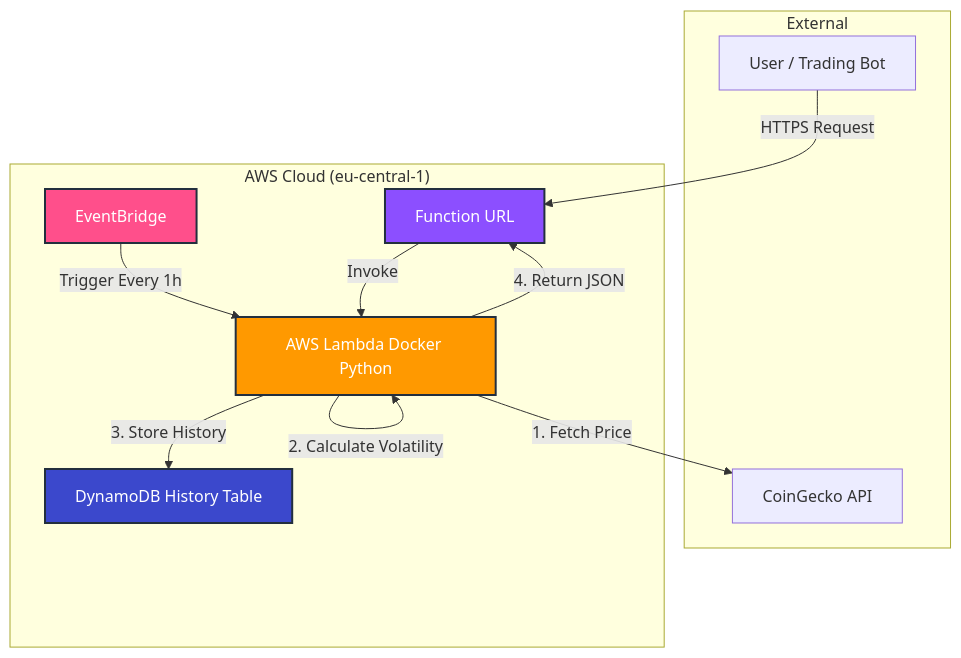
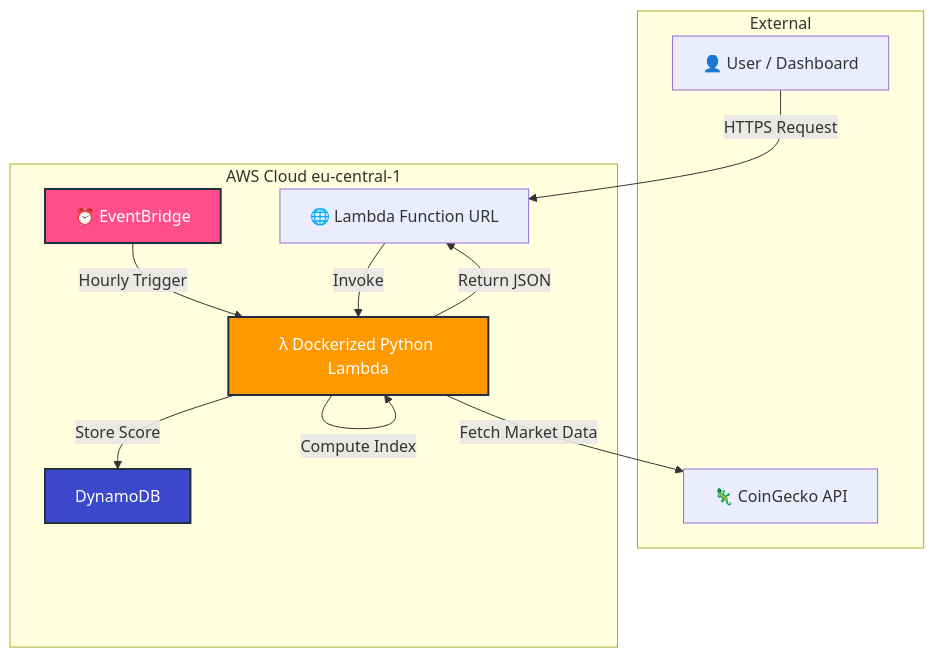
One commit to znodanilo2017-byte/pepe-index changed the diagram in README.md. Above: the diagram before and after it, drawn with Mermaid. The commit also changed other lines of this file and 3 other files, not shown here.

````diff
--- a/README.md
+++ b/README.md
@@ -1,22 +27,25 @@
 ```mermaid
 graph TD
     subgraph "External"
-        User[User / Trading Bot]
-        CG[CoinGecko API]
+        User[👤 User / Dashboard]
+        CG[🦎 CoinGecko API]
     end
 
-    subgraph "AWS Cloud (eu-central-1)"
-        EB[EventBridge] -->|Trigger Every 1h| Lambda
-        User -->|HTTPS Request| FURL[Function URL]
-        FURL -->|Invoke| Lambda[AWS Lambda Docker Python]
-        Lambda -->|1. Fetch Price| CG
-        Lambda -->|2. Calculate Volatility| Lambda
-        Lambda -->|3. Store History| DDB[DynamoDB History Table]
-        Lambda -->|4. Return JSON| FURL
+    subgraph "AWS Cloud eu-central-1"
+        EB[⏰ EventBridge] -->|Hourly Trigger| Lambda
+        
+        User -->|HTTPS Request| FURL[🌐 Lambda Function URL]
+        FURL -->|Invoke| Lambda[λ Dockerized Python Lambda]
+        
+        Lambda -->|Fetch Market Data| CG
+        Lambda -->|Compute Index| Lambda
+        Lambda -->|Store Score| DDB[DynamoDB]
+        
+        Lambda -->|Return JSON| FURL
     end
 
     style Lambda fill:#ff9900,stroke:#232f3e,stroke-width:2px,color:white
     style DDB fill:#3b48cc,stroke:#232f3e,stroke-width:2px,color:white
     style EB fill:#ff4f8b,stroke:#232f3e,stroke-width:2px,color:white
-    style FURL fill:#8c4fff,stroke:#232f3e,stroke-width:2px,color:white
+
 ```
````
